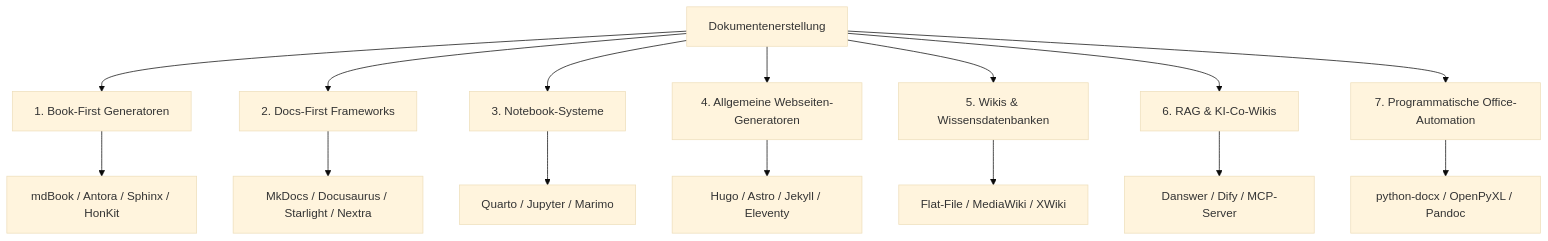
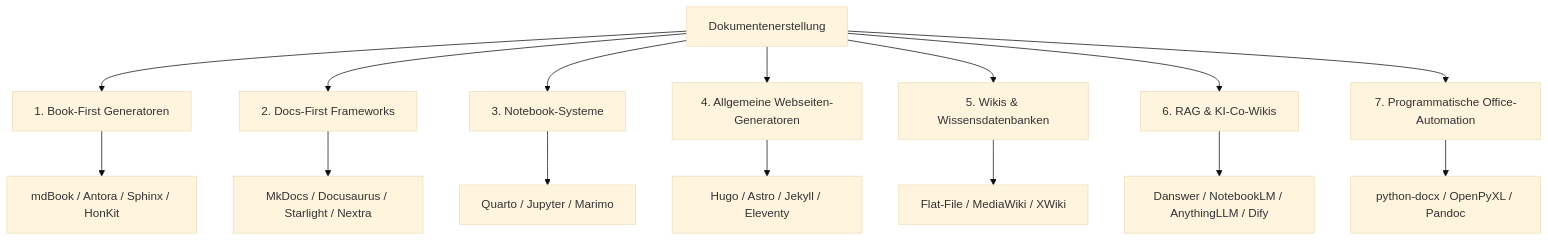
Before and after one commit to thorstenkloehn/dokument: the diagram in docs/Dokument_Erstellen/index.md, drawn with Mermaid (base theme). The commit also changed other lines of this file, not shown here.

Commit message:
docs: add additional RAG and AI documentation tools to the overview and graph

````diff
--- a/docs/Dokument_Erstellen/index.md
+++ b/docs/Dokument_Erstellen/index.md
@@ -5,18 +5,18 @@
 ```mermaid
 graph TD
     A[Dokumentenerstellung] --> B[1. Book-First Generatoren]
     A --> C[2. Docs-First Frameworks]
     A --> D[3. Notebook-Systeme]
     A --> H[4. Allgemeine Webseiten-Generatoren]
     A --> E[5. Wikis & Wissensdatenbanken]
     A --> F[6. RAG & KI-Co-Wikis]
     A --> G[7. Programmatische Office-Automation]
     
     B --> B1[mdBook / Antora / Sphinx / HonKit]
     C --> C1[MkDocs / Docusaurus / Starlight / Nextra]
     D --> D1[Quarto / Jupyter / Marimo]
     H --> H1[Hugo / Astro / Jekyll / Eleventy]
     E --> E1[Flat-File / MediaWiki / XWiki]
-    F --> F1[Danswer / Dify / MCP-Server]
+    F --> F1[Danswer / NotebookLM / AnythingLLM / Dify]
     G --> G1[python-docx / OpenPyXL / Pandoc]
 ```
````
